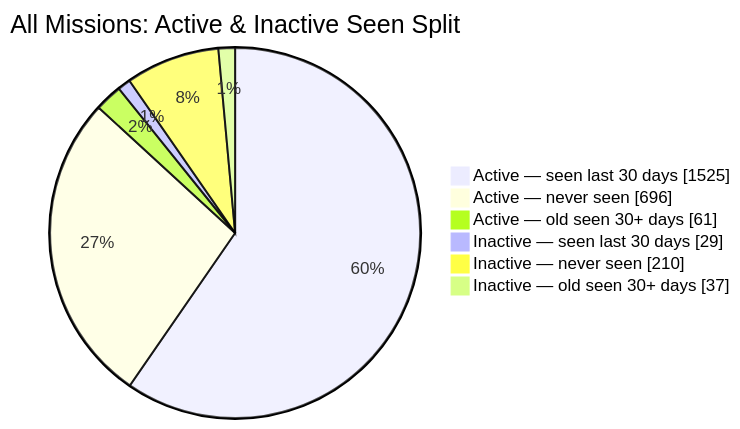
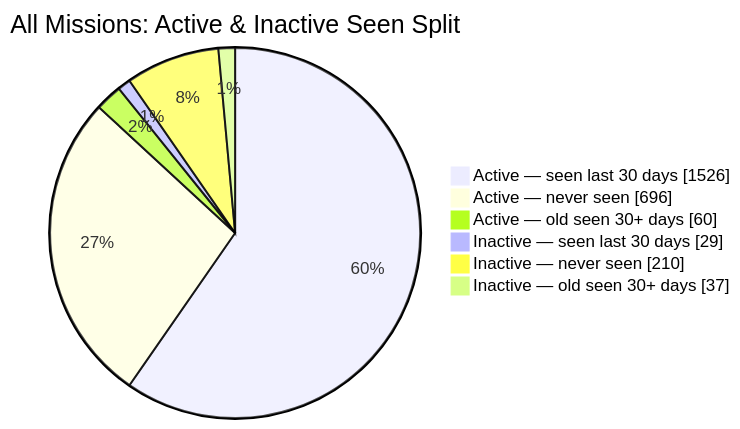
Before and after one commit to MeldkamerspelGameTeam/active-missions: the second of 2 diagrams in README.md, drawn with Mermaid. The commit also changed other lines of this file and 2 other files, not shown here.

````diff
--- a/README.md
+++ b/README.md
@@ -44,10 +44,10 @@
 ```mermaid
 pie showData
     title All Missions: Active & Inactive Seen Split
-    "Active — seen last 30 days" : 1525
+    "Active — seen last 30 days" : 1526
     "Active — never seen" : 696
-    "Active — old seen 30+ days" : 61
+    "Active — old seen 30+ days" : 60
     "Inactive — seen last 30 days" : 29
     "Inactive — never seen" : 210
     "Inactive — old seen 30+ days" : 37
 ```
````
